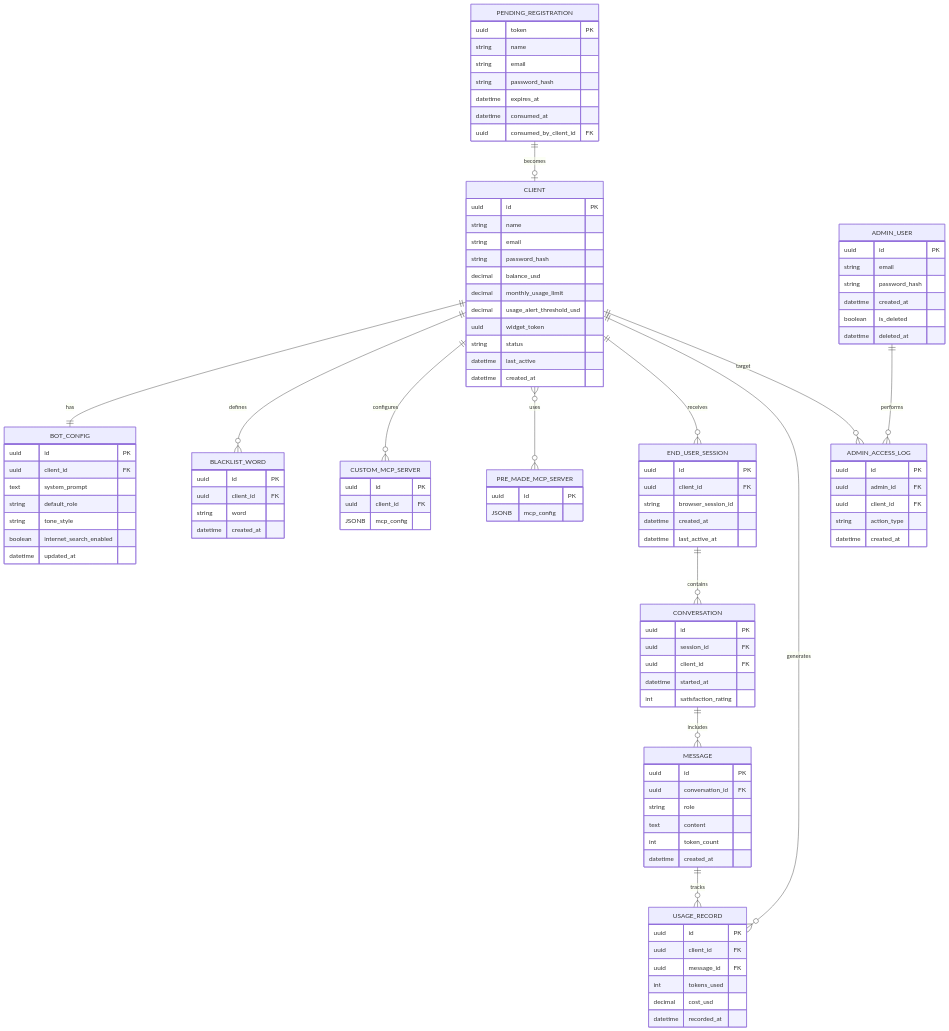
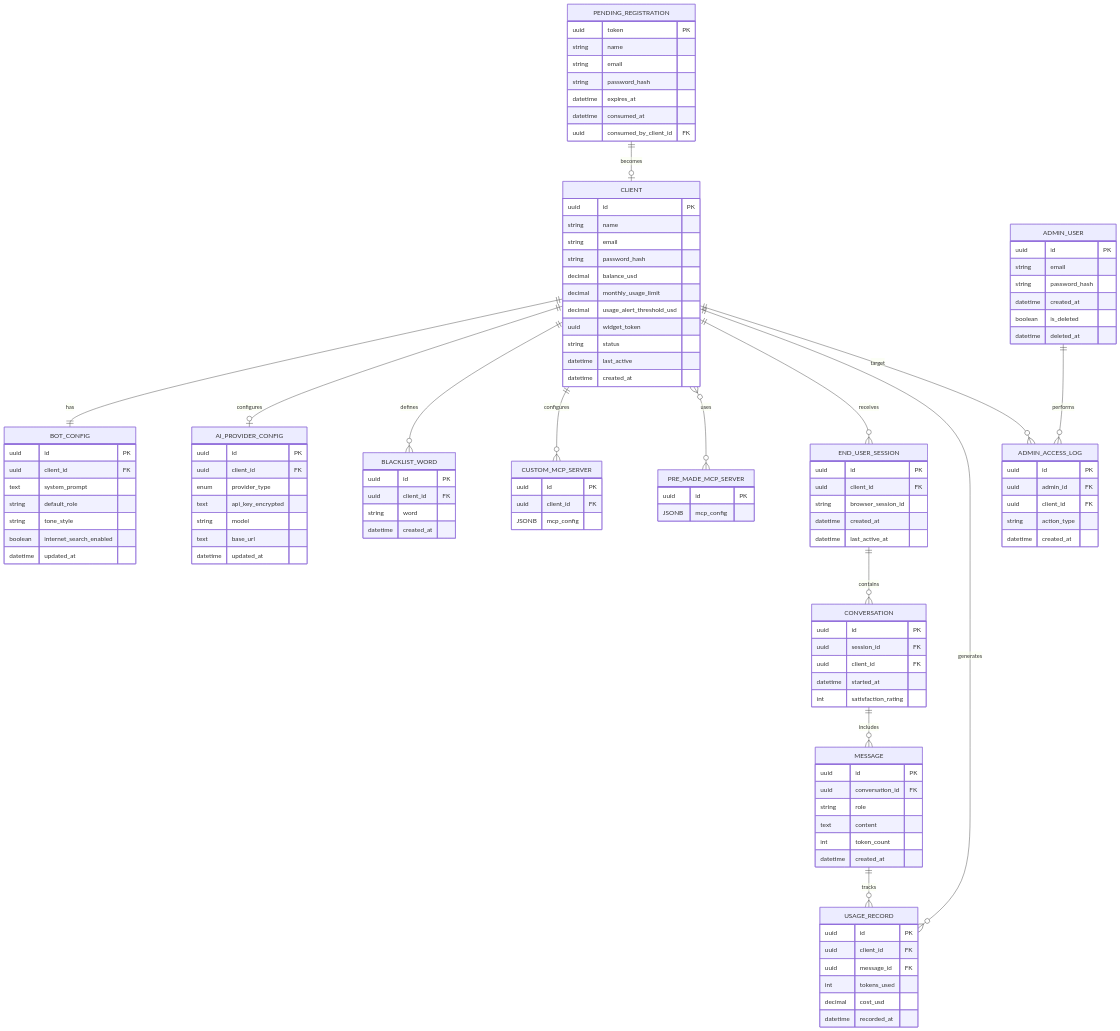
The diagram in docs/architecture/ERD/main-mermaid.md (Talqo/talqo-platform), drawn with Mermaid before and after one commit. The commit also changed 8 other files, not shown here.

First line of the commit message:
feat(web): add provider config UI and improve API generation

```diff
--- a/docs/architecture/ERD/main-mermaid.md
+++ b/docs/architecture/ERD/main-mermaid.md
@@ -93,6 +93,16 @@
         datetime created_at
     }
 
+    AI_PROVIDER_CONFIG {
+        uuid id PK
+        uuid client_id FK
+        enum provider_type
+        text api_key_encrypted
+        string model
+        text base_url
+        datetime updated_at
+    }
+
     %% TODO: WIDGET_CONFIG entity is not yet defined — columns TBD
     PENDING_REGISTRATION {
         uuid token PK
@@ -105,6 +115,7 @@
     }
 
     CLIENT ||--|| BOT_CONFIG : has
+    CLIENT ||--o| AI_PROVIDER_CONFIG : configures
     CLIENT ||--o{ BLACKLIST_WORD : defines
     CLIENT ||--o{ CUSTOM_MCP_SERVER : configures
     CLIENT }o--o{ PRE_MADE_MCP_SERVER : uses
```
